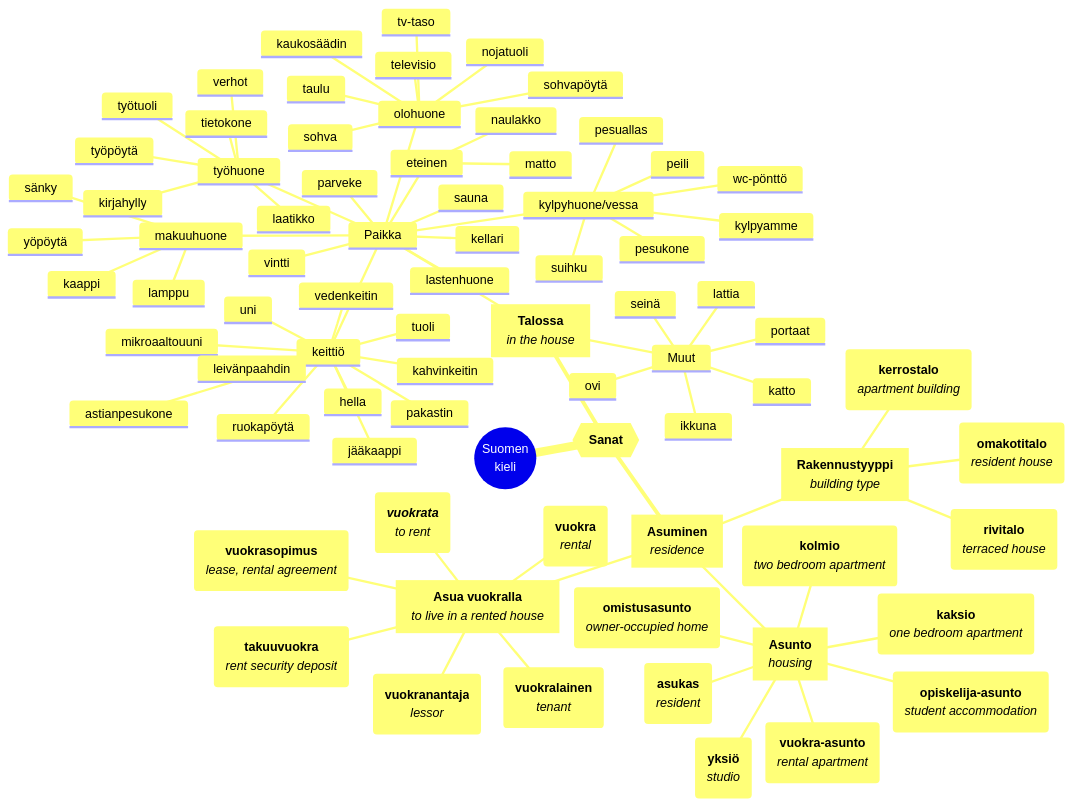
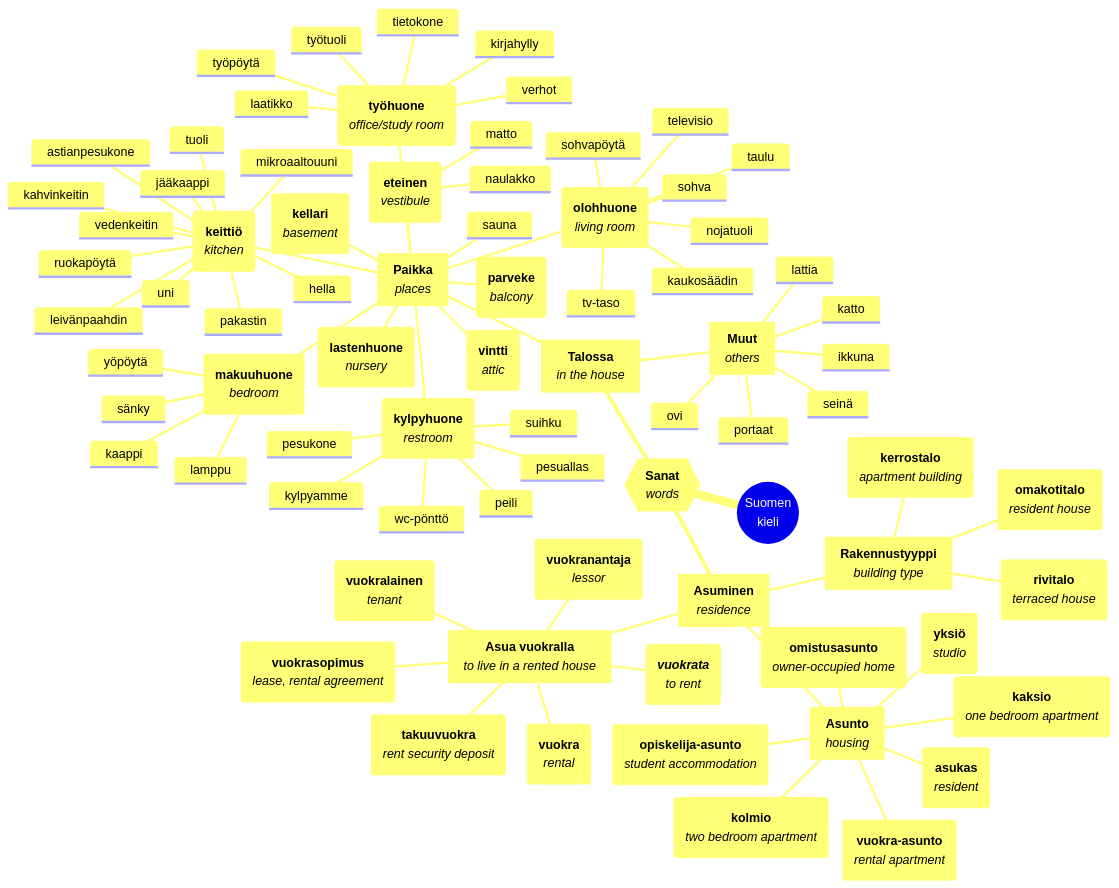
Before and after one commit to thanh-ha-nguyen/suomen-kieli: the diagram in README.md, drawn with Mermaid. The commit also changed 8 other files, not shown here.

````diff
--- a/README.md
+++ b/README.md
@@ -5,18 +5,16 @@
 title: Suomen kieli
 ---
 mindmap
-root((Suomen 
-    kieli))
-  Sanat{{**Sanat**}}
-    Talosaa[**Talossa**
-        *in the house*]
-      Paikka
-        vintti
-        lastenhuone
-        parveke
+root((Suomen<br/>kieli))
+  Sanat{{**Sanat**<br/>*words*}}
+    Talosaa[**Talossa**<br/>*in the house*]
+      Paikka[**Paikka**<br/>*places*]
+        vintti(**vintti**<br/>*attic*)
+        lastenhuone(**lastenhuone**<br/>*nursery*)
+        parveke(**parveke**<br/>*balcony*)
         sauna
-        kellari
-        keittiö
+        kellari(**kellari**<br/>*basement*)
+        keittiö(**keittiö**<br/>*kitchen*)
           ruokapöytä
           tuoli
           astianpesukone
@@ -28,7 +26,7 @@
           kahvinkeitin
           vedenkeitin
           leivänpaahdin
-        olohuone
+        olohuone(**olohhuone**<br/>*living room*)
           sohva
           sohvapöytä
           nojatuoli
@@ -36,73 +34,53 @@
           kaukosäädin
           tv-taso
           taulu
-        työhuone
+        työhuone(**työhuone**<br/>*office/study room*)
           työtuoli
           työpöytä
           laatikko
           kirjahylly
           tietokone
           verhot
-        makuuhuone
+        makuuhuone(**makuuhuone**<br/>*bedroom*)
           sänky
           yöpöytä
           kaappi
           lamppu
-        kylpyhuone/vessa
+        kylpyhuone/vessa(**kylpyhuone**<br/>*restroom*)
           suihku
           kylpyamme
           pesuallas
           wc-pönttö
           peili
           pesukone
-        eteinen
+        eteinen(**eteinen**<br/>*vestibule*)
           naulakko
           matto
-      Muut
+      Muut[**Muut**<br/>*others*]
         lattia
         katto
         seinä
         ovi
         ikkuna
         portaat
-    Asuminen[**Asuminen**
-        *residence*]
-      Rakennustyyppi[**Rakennustyyppi**
-          *building type*]
-        omakotitalo(**omakotitalo**
-            *resident house*)
-        kerrostalo(**kerrostalo**
-            *apartment building*)
-        rivitalo(**rivitalo**
-            *terraced house*)      
-      Asunto[**Asunto**
-          *housing*]
-        yksiö(**yksiö**
-            *studio*)
-        kaksio(**kaksio**
-            *one bedroom apartment*)
-        kolmio(**kolmio**
-            *two bedroom apartment*)
-        vuokra-asunto(**vuokra-asunto**
-            *rental apartment*)
-        omistusasunto(**omistusasunto**
-            *owner-occupied home*)
-        opiskelija-asunto(**opiskelija-asunto**
-            *student accommodation*)
-        asukas(**asukas**
-            *resident*)
-      Asua vuokralla[**Asua vuokralla**
-          *to live in a rented house*]
-        vuokrata(**_vuokrata_**
-            *to rent*)
-        vuokra(**vuokra**
-            *rental*)
-        vuokrasopimus(**vuokrasopimus**
-            *lease, rental agreement*)
-        vuokranantaja(**vuokranantaja**
-            *lessor*)
-        vuokralainen(**vuokralainen**
-            *tenant*)
-        takuuvuokra(**takuuvuokra**
-            *rent security deposit*)
+    Asuminen[**Asuminen**<br/>*residence*]
+      Rakennustyyppi[**Rakennustyyppi**<br/>*building type*]
+        omakotitalo(**omakotitalo**<br/>*resident house*)
+        kerrostalo(**kerrostalo**<br/>*apartment building*)
+        rivitalo(**rivitalo**<br/>*terraced house*)      
+      Asunto[**Asunto**<br/>*housing*]
+        yksiö(**yksiö**<br/>*studio*)
+        kaksio(**kaksio**<br/>*one bedroom apartment*)
+        kolmio(**kolmio**<br/>*two bedroom apartment*)
+        vuokra-asunto(**vuokra-asunto**<br/>*rental apartment*)
+        omistusasunto(**omistusasunto**<br/>*owner-occupied home*)
+        opiskelija-asunto(**opiskelija-asunto**<br/>*student accommodation*)
+        asukas(**asukas**<br/>*resident*)
+      AsuaVuokralla[**Asua vuokralla**<br/>*to live in a rented house*]
+        vuokrata(**_vuokrata_**<br/>*to rent*)
+        vuokra(**vuokra**<br/>*rental*)
+        vuokrasopimus(**vuokrasopimus**<br/>*lease, rental agreement*)
+        vuokranantaja(**vuokranantaja**<br/>*lessor*)
+        vuokralainen(**vuokralainen**<br/>*tenant*)
+        takuuvuokra(**takuuvuokra**<br/>*rent security deposit*)
 ```
````
